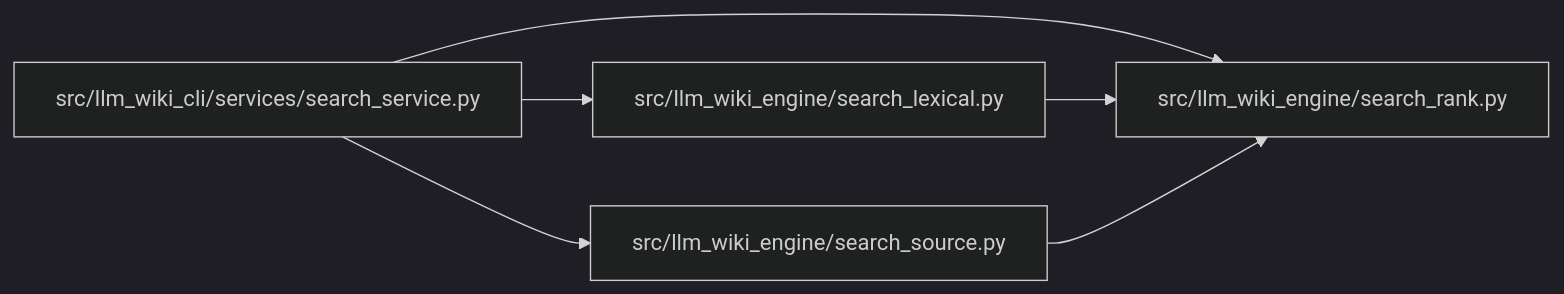
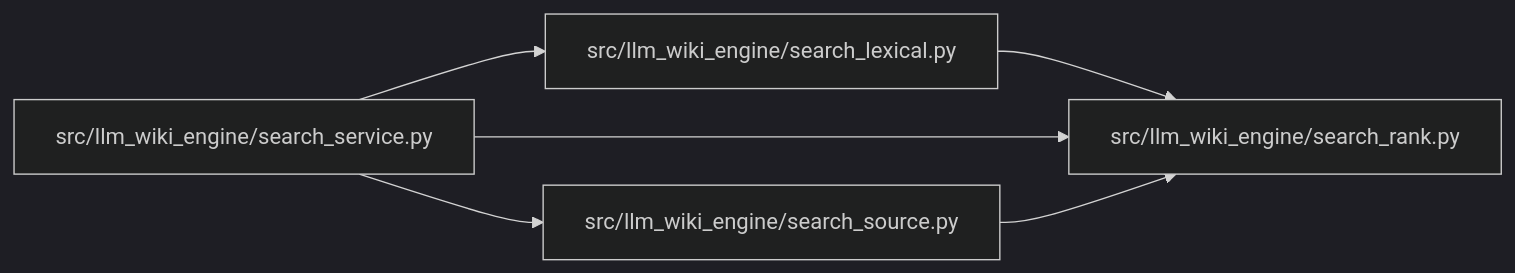
One commit to Denissvgn/python-wiki-llm changed the diagram in docs/llm_wiki/modules/search_rank.md. Above: the diagram before and after it, drawn with Mermaid (dark theme). The commit also changed 648 other files, not shown here.

Commit message:
docs: refresh the wiki for the engine task contract and search

````diff
--- a/docs/llm_wiki/modules/search_rank.md
+++ b/docs/llm_wiki/modules/search_rank.md
@@ -29,16 +29,16 @@
 ```mermaid
 flowchart LR
-    n0["src/llm_wiki_cli/services/search_service.py"]
-    n1["src/llm_wiki_engine/search_lexical.py"]
-    n2["src/llm_wiki_engine/search_rank.py"]
+    n0["src/llm_wiki_engine/search_lexical.py"]
+    n1["src/llm_wiki_engine/search_rank.py"]
+    n2["src/llm_wiki_engine/search_service.py"]
     n3["src/llm_wiki_engine/search_source.py"]
     n0 --> n1
-    n0 --> n2
-    n0 --> n3
-    n1 --> n2
-    n3 --> n2
-    click n0 "../modules/search_service.md"
-    click n1 "../modules/search_lexical.md"
-    click n2 "../modules/search_rank.md"
+    n2 --> n0
+    n2 --> n1
+    n2 --> n3
+    n3 --> n1
+    click n0 "../modules/search_lexical.md"
+    click n1 "../modules/search_rank.md"
+    click n2 "../modules/search_service.md"
     click n3 "../modules/search_source.md"
 ```
````
